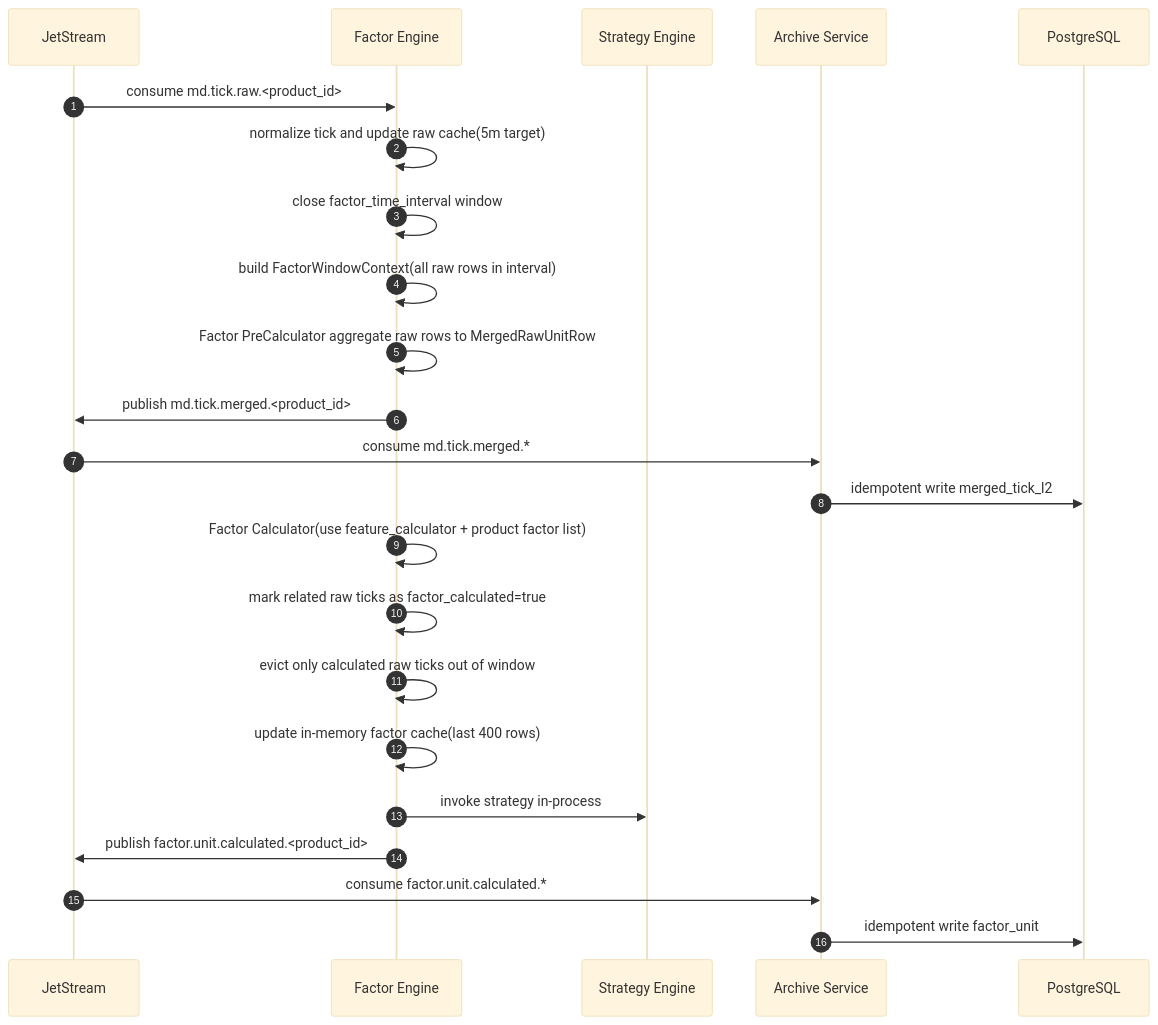
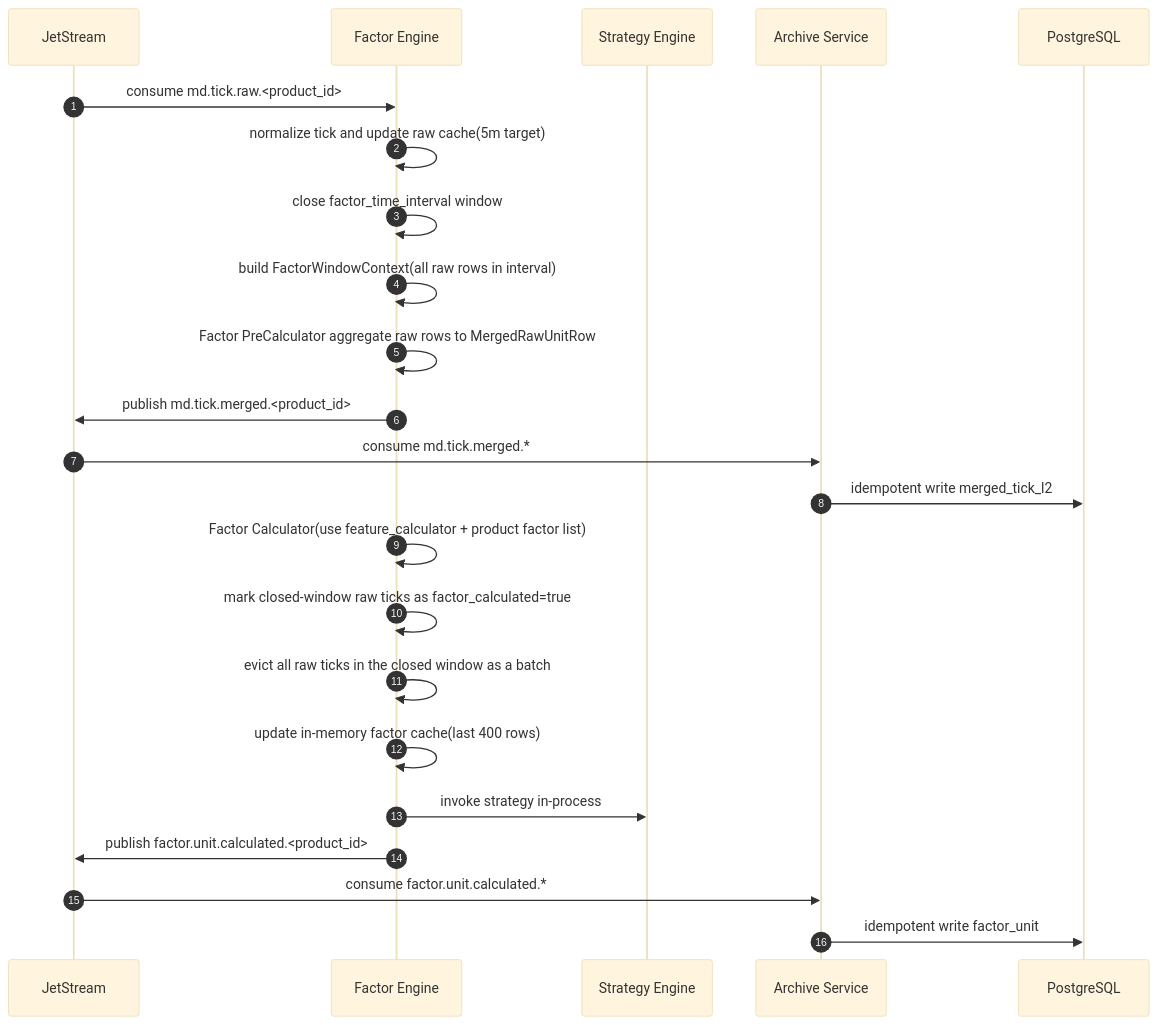
The second of 2 diagrams in docs/design/02_factor_engine_technical_design.md (lancewliang/vnpy_hft), drawn with Mermaid (base theme) before and after one commit. The commit also changed other lines of this file and 4 other files, not shown here.

````diff
--- a/docs/design/02_factor_engine_technical_design.md
+++ b/docs/design/02_factor_engine_technical_design.md
@@ -433,26 +437,26 @@
 ```mermaid
 sequenceDiagram
     autonumber
     participant MQ as JetStream
     participant FE as Factor Engine
     participant SE as Strategy Engine
     participant AS as Archive Service
     participant PG as PostgreSQL
 
     MQ->>FE: consume md.tick.raw.<product_id>
     FE->>FE: normalize tick and update raw cache(5m target)
     FE->>FE: close factor_time_interval window
     FE->>FE: build FactorWindowContext(all raw rows in interval)
     FE->>FE: Factor PreCalculator aggregate raw rows to MergedRawUnitRow
     FE->>MQ: publish md.tick.merged.<product_id>
     MQ->>AS: consume md.tick.merged.*
     AS->>PG: idempotent write merged_tick_l2
     FE->>FE: Factor Calculator(use feature_calculator + product factor list)
-    FE->>FE: mark related raw ticks as factor_calculated=true
-    FE->>FE: evict only calculated raw ticks out of window
+    FE->>FE: mark closed-window raw ticks as factor_calculated=true
+    FE->>FE: evict all raw ticks in the closed window as a batch
     FE->>FE: update in-memory factor cache(last 400 rows)
     FE->>SE: invoke strategy in-process
     FE->>MQ: publish factor.unit.calculated.<product_id>
     MQ->>AS: consume factor.unit.calculated.*
     AS->>PG: idempotent write factor_unit
 ```
````
